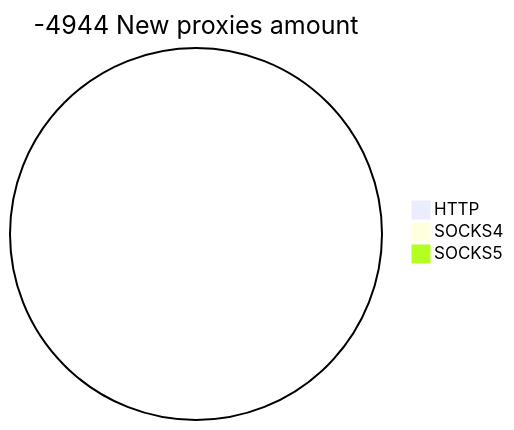
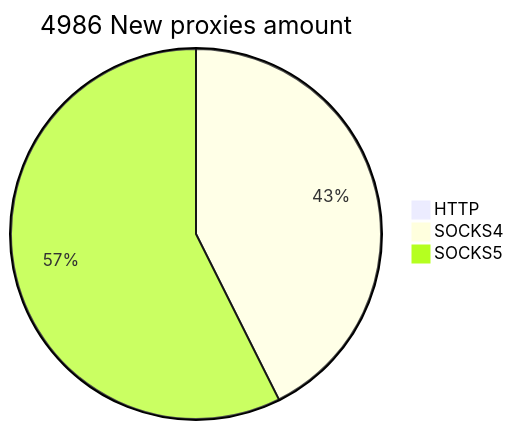
The second of 2 diagrams in README.md (cutipu/proxylist), drawn with Mermaid before and after one commit. The commit also changed other lines of this file, not shown here.

````diff
--- a/README.md
+++ b/README.md
@@ -10,6 +10,6 @@
 ```mermaid
-pie title -4944 New proxies amount
+pie title 4986 New proxies amount
     "HTTP" : 0
-    "SOCKS4" : 0
-    "SOCKS5" : 0
+    "SOCKS4" : 2125
+    "SOCKS5" : 2862
 ```
````
